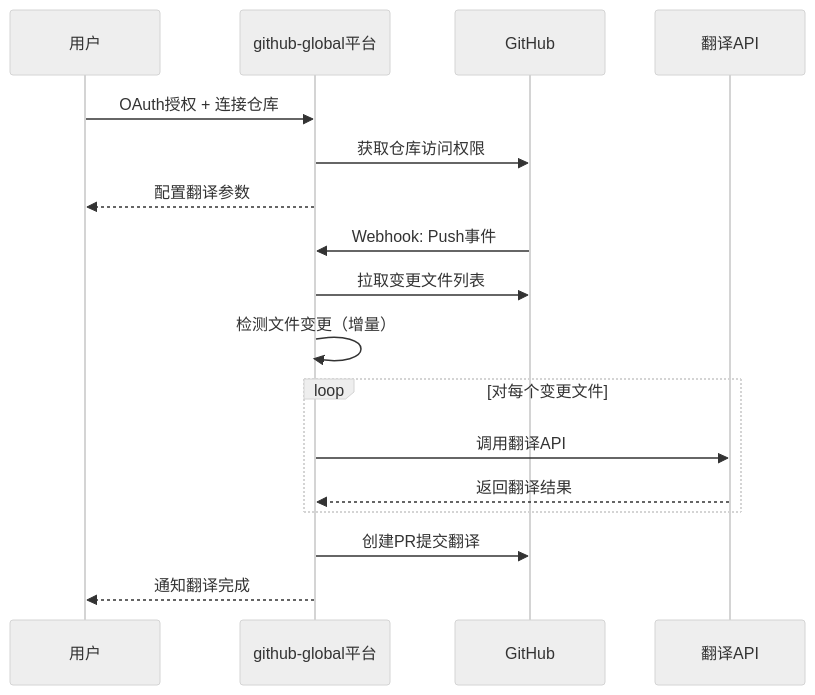
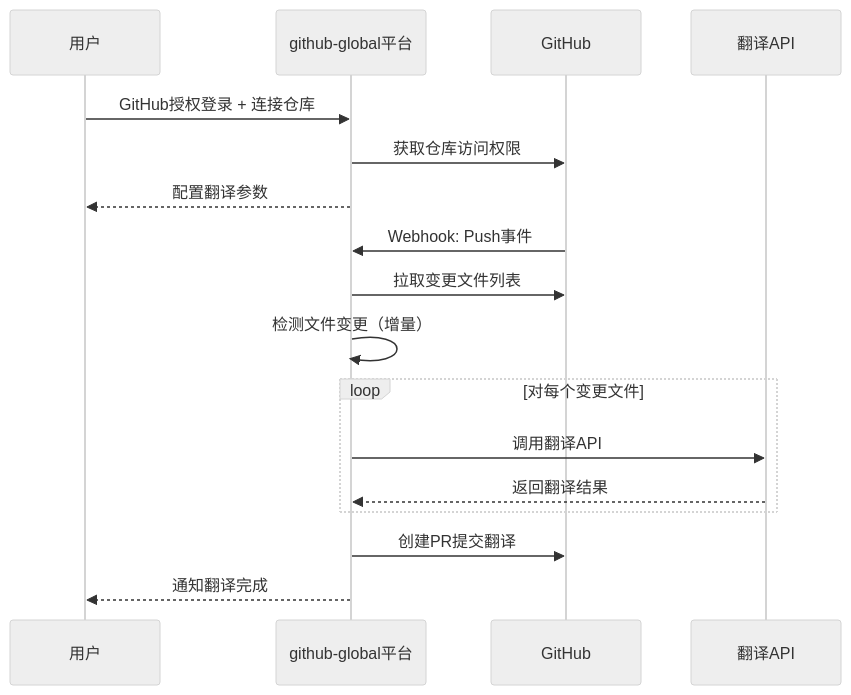
The diagram in docs/需求规格文档.md (isPirate/github-global), drawn with Mermaid (neutral theme) before and after one commit. The commit also changed other lines of this file and 22 other files, not shown here.

````diff
--- a/docs/需求规格文档.md
+++ b/docs/需求规格文档.md
@@ -156,23 +156,23 @@
 ```mermaid
 sequenceDiagram
     participant User as 用户
     participant Platform as github-global平台
     participant GitHub as GitHub
     participant AI as 翻译API
 
-    User->>Platform: OAuth授权 + 连接仓库
+    User->>Platform: GitHub授权登录 + 连接仓库
     Platform->>GitHub: 获取仓库访问权限
     Platform-->>User: 配置翻译参数
 
     GitHub->>Platform: Webhook: Push事件
     Platform->>GitHub: 拉取变更文件列表
     Platform->>Platform: 检测文件变更（增量）
 
     loop 对每个变更文件
         Platform->>AI: 调用翻译API
         AI-->>Platform: 返回翻译结果
     end
 
     Platform->>GitHub: 创建PR提交翻译
     Platform-->>User: 通知翻译完成
 ```
````
